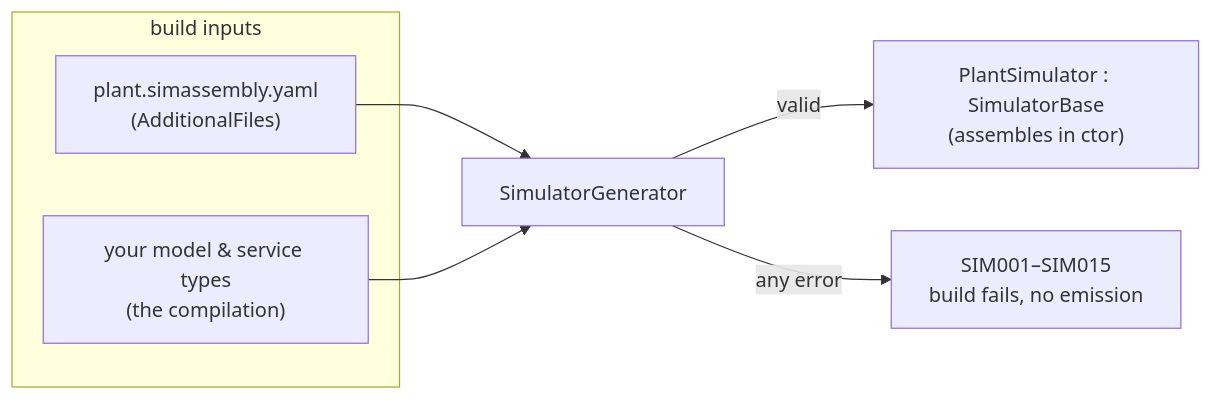
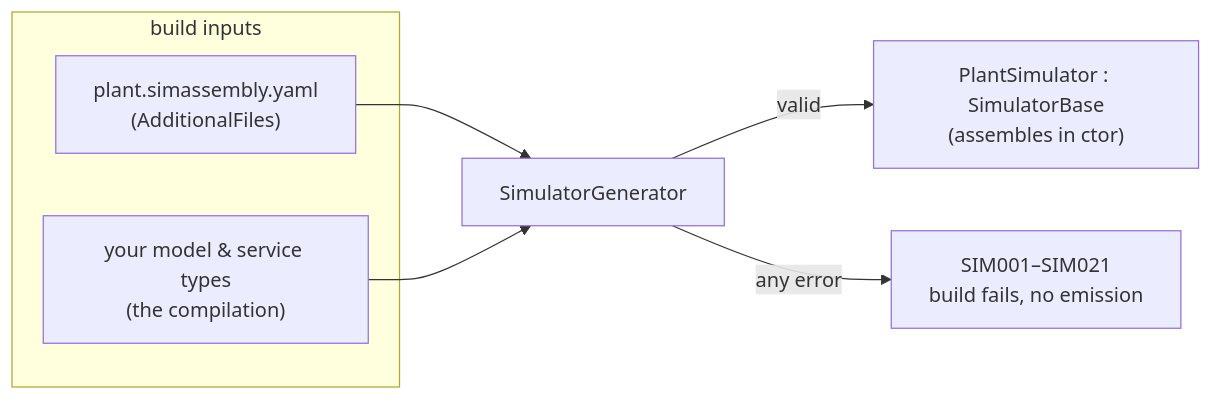
One commit to SimulaSharp-org/simulasharp-docs changed the first of 2 diagrams in public/content/the-assembly.md. Above: the diagram before and after it, drawn with Mermaid. The commit also changed other lines of this file and 8 other files, not shown here.

````diff
--- a/public/content/the-assembly.md
+++ b/public/content/the-assembly.md
@@ -16,11 +16,11 @@
 ```mermaid
 flowchart LR
   subgraph inputs["build inputs"]
     Y["plant.simassembly.yaml<br/>(AdditionalFiles)"]
     T["your model & service types<br/>(the compilation)"]
   end
   Y --> G["SimulatorGenerator"]
   T --> G
   G -->|"valid"| OUT["PlantSimulator : SimulatorBase<br/>(assembles in ctor)"]
-  G -->|"any error"| ERR["SIM001–SIM015<br/>build fails, no emission"]
+  G -->|"any error"| ERR["SIM001–SIM021<br/>build fails, no emission"]
 ```
````
